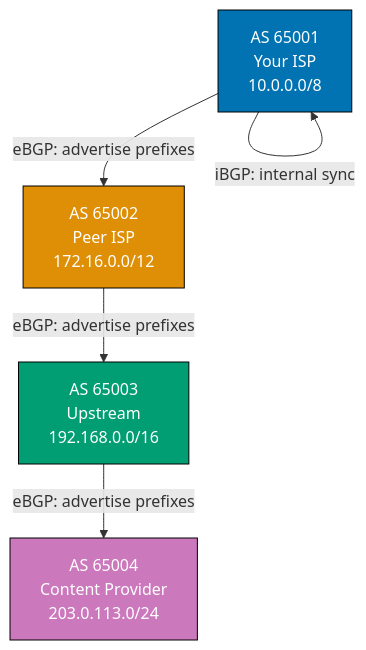
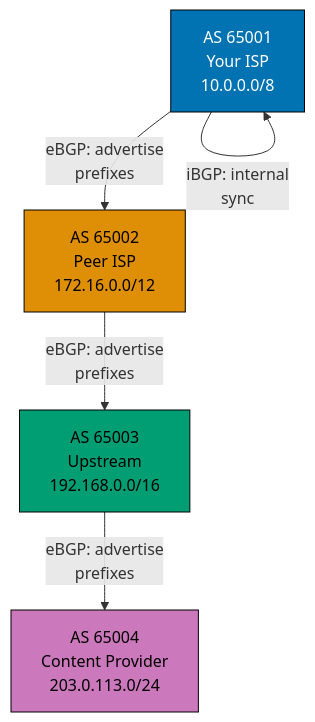
The eighth of 10 diagrams in apps/ayokoding-www/content/en/learn/legacy/software-engineering/networking/by-example/intermediate.md (wahidyankf/ose-public), drawn with Mermaid before and after one commit. The commit also changed other lines of this file and 78 other files, not shown here.

First line of the commit message:
fix(mermaid): bring the remaining legacy software-engineering diagrams onto the accessible palette

````diff
--- a/apps/ayokoding-www/content/en/learn/legacy/software-engineering/networking/by-example/intermediate.md
+++ b/apps/ayokoding-www/content/en/learn/legacy/software-engineering/networking/by-example/intermediate.md
@@ -1545,18 +1581,25 @@
 ```mermaid
 %% Color Palette: Blue #0173B2, Orange #DE8F05, Teal #029E73, Purple #CC78BC, Brown #CA9161
 graph TD
+    accTitle: Example 44: BGP Basics — Autonomous Systems
+    accDescr: Graph with 4 nodes and 4 connections. Nodes: AS 65001 Your ISP 10.0.0.0/8, AS 65002 Peer ISP 172.16.0.0/12, AS 65003 Upstream 192.168.0.0/16, AS 65004 Content Provider 203.0.113.0/24. Connections: AS 65001 Your ISP 10.0.0.0/8 to AS 65002 Peer ISP 172.16.0.0/12 (eBGP: advertise prefixes), AS 65002 Peer ISP 172.16.0.0/12 to AS 65003 Upstream 192.168.0.0/16 (eBGP: advertise prefixes), AS 65003 Upstream 192.168.0.0/16 to AS 65004 Content Provider 203.0.113.0/24 (eBGP: advertise prefixes), AS 65001 Your ISP 10.0.0.0/8 to AS 65001 Your ISP 10.0.0.0/8 (iBGP: internal sync).
     A["AS 65001<br/>Your ISP<br/>10.0.0.0/8"]
     B["AS 65002<br/>Peer ISP<br/>172.16.0.0/12"]
     C["AS 65003<br/>Upstream<br/>192.168.0.0/16"]
     D["AS 65004<br/>Content Provider<br/>203.0.113.0/24"]
 
-    A -->|"eBGP: advertise prefixes"| B
-    B -->|"eBGP: advertise prefixes"| C
-    C -->|"eBGP: advertise prefixes"| D
-    A -->|"iBGP: internal sync"| A
+    A -->|"eBGP: advertise<br/>prefixes"| B
+    B -->|"eBGP: advertise<br/>prefixes"| C
+    C -->|"eBGP: advertise<br/>prefixes"| D
+    A -->|"iBGP: internal<br/>sync"| A
 
-    style A fill:#0173B2,stroke:#000,color:#fff
-    style B fill:#DE8F05,stroke:#000,color:#fff
-    style C fill:#029E73,stroke:#000,color:#fff
-    style D fill:#CC78BC,stroke:#000,color:#fff
+    classDef pal-0173B2 fill:#0173B2,stroke:#000000,color:#FFFFFF
+    class A pal-0173B2
+    classDef pal-DE8F05 fill:#DE8F05,stroke:#000000,color:#000000
+    class B pal-DE8F05
+    classDef pal-029E73 fill:#029E73,stroke:#000000,color:#000000
+    class C pal-029E73
+    classDef pal-CC78BC fill:#CC78BC,stroke:#000000,color:#000000
+    class D pal-CC78BC
+    classDef default fill:#FFFFFF,stroke:#000000,color:#000000
 ```
````
